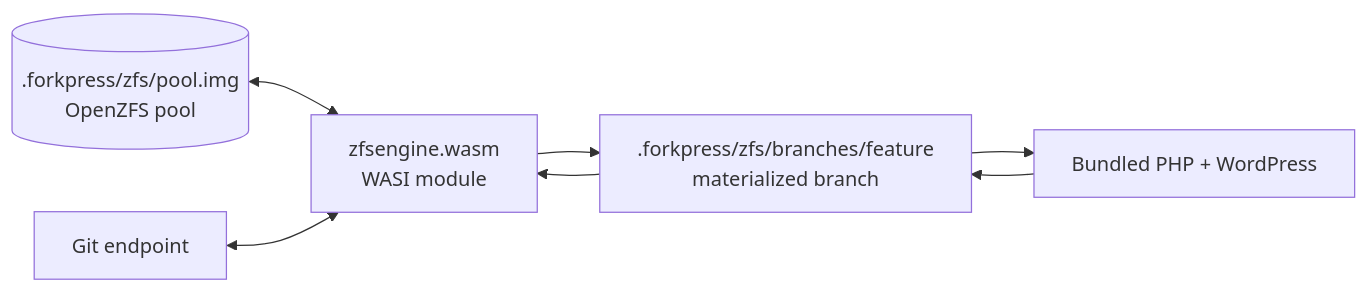
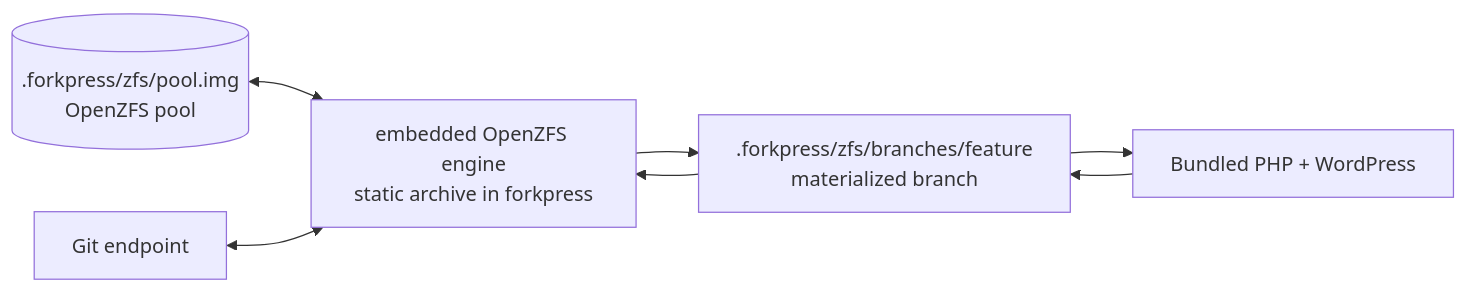
The third of 7 diagrams in README.md (Automattic/forkpress), drawn with Mermaid before and after one commit. The commit also changed other lines of this file and 7 other files, not shown here.

Commit message:
Embed ZFS engine

````diff
--- a/README.md
+++ b/README.md
@@ -312,15 +320,15 @@
 ```mermaid
 flowchart LR
     pool[(.forkpress/zfs/pool.img<br/>OpenZFS pool)]
-    engine[zfsengine.wasm<br/>WASI module]
+    engine[embedded OpenZFS engine<br/>static archive in forkpress]
     cache[.forkpress/zfs/branches/feature<br/>materialized branch]
     php[Bundled PHP + WordPress]
     git[Git endpoint]
 
     pool <--> engine
     engine --> cache
     cache --> php
     php --> cache
     cache --> engine
     git <--> engine
 ```
````
